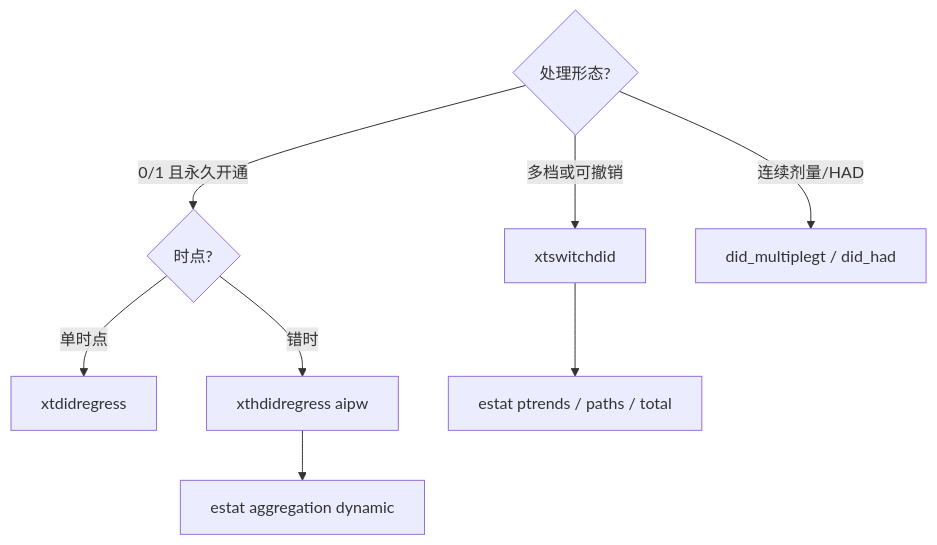
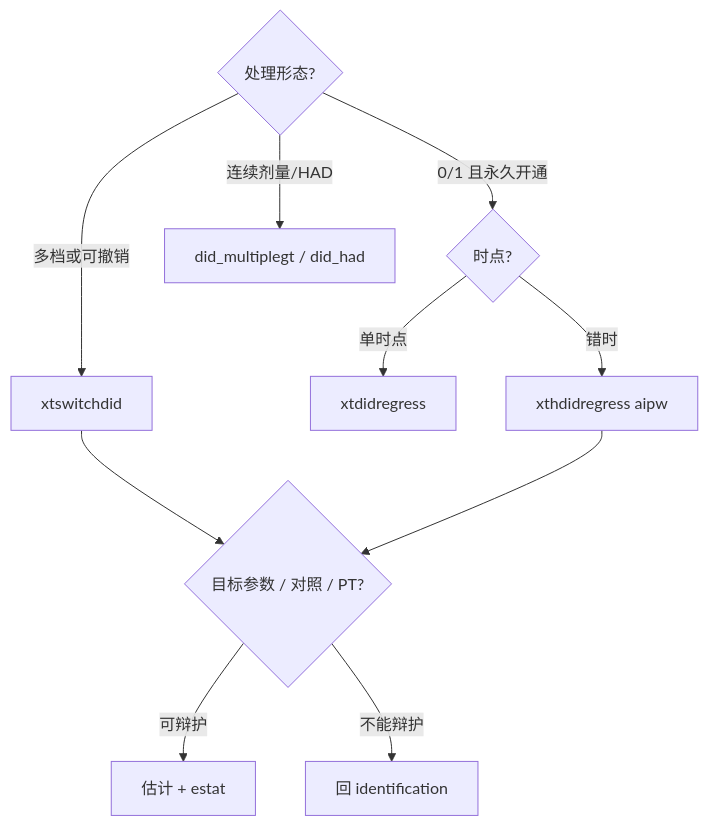
The diagram in docs/learn-did-routing-absorbing-vs-switching.md (jefeerzhang/stataskills), drawn with Mermaid before and after one commit. The commit also changed other lines of this file and 12 other files, not shown here.

````diff
--- a/docs/learn-did-routing-absorbing-vs-switching.md
+++ b/docs/learn-did-routing-absorbing-vs-switching.md
@@ -150,11 +149,13 @@
 ```mermaid
 flowchart TD
   Q1{处理形态?}
   Q1 -->|0/1 且永久开通| Q2{时点?}
   Q1 -->|多档或可撤销| XS[xtswitchdid]
   Q1 -->|连续剂量/HAD| DCDH[did_multiplegt / did_had]
   Q2 -->|单时点| XT[xtdidregress]
   Q2 -->|错时| XH[xthdidregress aipw]
-  XS --> CHK[estat ptrends / paths / total]
-  XH --> AGG[estat aggregation dynamic]
+  XS --> ID{目标参数 / 对照 / PT?}
+  XH --> ID
+  ID -->|可辩护| EST[估计 + estat]
+  ID -->|不能辩护| STOP[回 identification]
 ```
````
